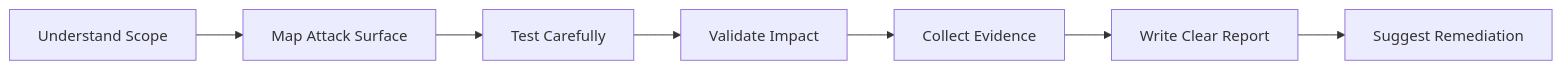
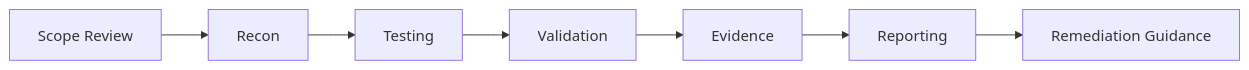
The diagram in README.md (bavlybibo/bavlybibo), drawn with Mermaid before and after one commit. The commit also changed other lines of this file, not shown here.

````diff
--- a/README.md
+++ b/README.md
@@ -202,9 +239,9 @@
 ```mermaid
 flowchart LR
-    A[Understand Scope] --> B[Map Attack Surface]
-    B --> C[Test Carefully]
-    C --> D[Validate Impact]
-    D --> E[Collect Evidence]
-    E --> F[Write Clear Report]
-    F --> G[Suggest Remediation]
+    A[Scope Review] --> B[Recon]
+    B --> C[Testing]
+    C --> D[Validation]
+    D --> E[Evidence]
+    E --> F[Reporting]
+    F --> G[Remediation Guidance]
 ```
````
